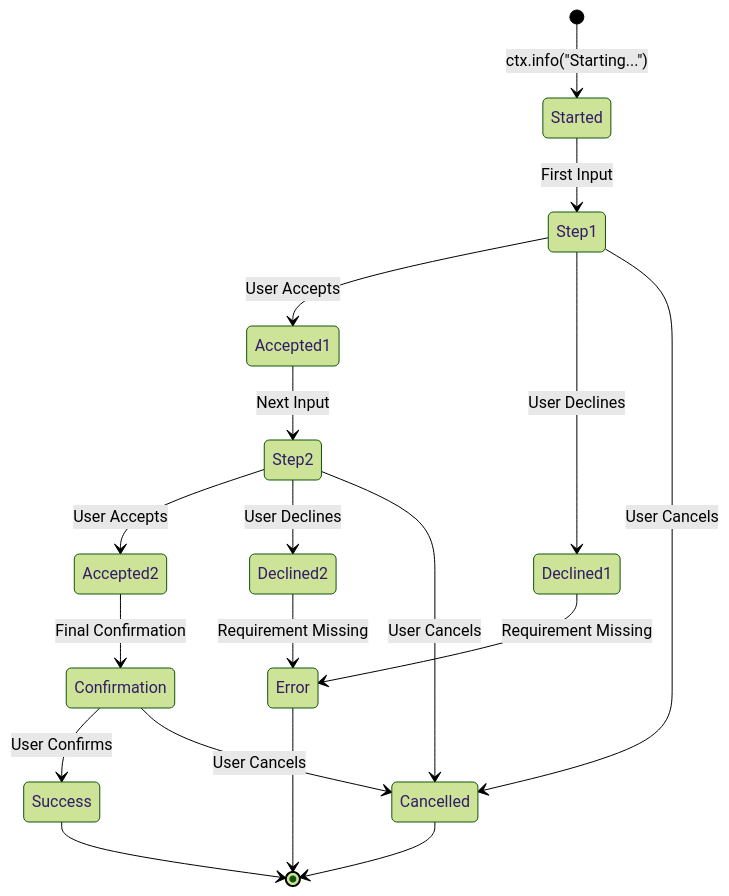
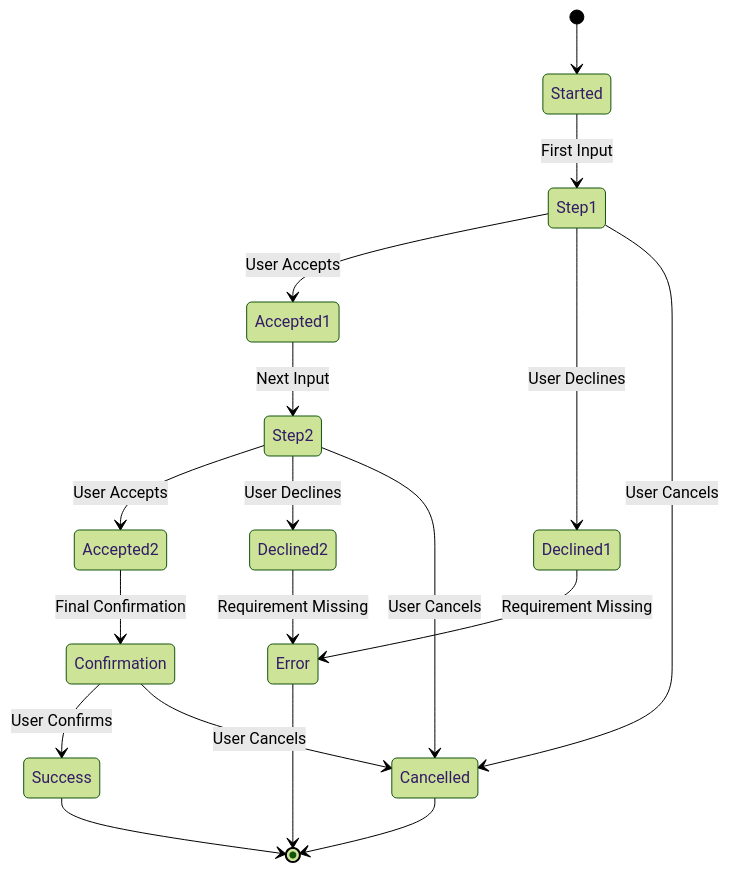
The fourth of 9 diagrams in docs/architecture.md (markbsigler/CodePipeline-FastMCP), drawn with Mermaid (forest theme) before and after one commit. The commit also changed 1 other file, not shown here.

Commit message:
docs: Fix Mermaid diagrams for GitHub compatibility
🔧 Mermaid Compatibility Fixes:
- Fixed stateDiagram-v2 → stateDiagram in docs/architecture.md
- GitHub doesn't support stateDiagram-v2 syntax
- Updated transition labels to use proper spacing

🏷️ HTML Tag Fixes:
- Replaced HTML <br/> tags with text separators in README.md
- GitHub Mermaid doesn't support HTML in node labels
- Updated 5 node labels in Container Architecture diagram
- Changed format: 'Label<br/>Details' → 'Label - Details'

✅ GitHub Compatibility Verified:
- All 23 Mermaid diagrams now GitHub-compatible
- README.md: 4 diagrams ✅
- docs/architecture.md: 9 diagrams ✅
- docs/architecture-diagrams.md: 10 diagrams ✅

🎨 Diagram Types Supported:
- flowchart TD/TB/LR ✅
- graph TD/TB ✅
- sequenceDiagram ✅
- stateDiagram (basic) ✅
- All subgraphs and connections ✅

````diff
--- a/docs/architecture.md
+++ b/docs/architecture.md
@@ -225,25 +225,25 @@
 ```mermaid
-stateDiagram-v2
-    [*] --> Started: ctx.info("Starting...")
-    Started --> Step1: First Input
+stateDiagram
+    [*] --> Started
+    Started --> Step1 : First Input
     
-    Step1 --> Accepted1: User Accepts
-    Step1 --> Declined1: User Declines
-    Step1 --> Cancelled: User Cancels
+    Step1 --> Accepted1 : User Accepts
+    Step1 --> Declined1 : User Declines
+    Step1 --> Cancelled : User Cancels
     
-    Accepted1 --> Step2: Next Input
-    Step2 --> Accepted2: User Accepts
-    Step2 --> Declined2: User Declines
-    Step2 --> Cancelled: User Cancels
+    Accepted1 --> Step2 : Next Input
+    Step2 --> Accepted2 : User Accepts
+    Step2 --> Declined2 : User Declines
+    Step2 --> Cancelled : User Cancels
     
-    Accepted2 --> Confirmation: Final Confirmation
-    Confirmation --> Success: User Confirms
-    Confirmation --> Cancelled: User Cancels
+    Accepted2 --> Confirmation : Final Confirmation
+    Confirmation --> Success : User Confirms
+    Confirmation --> Cancelled : User Cancels
     
-    Declined1 --> Error: Requirement Missing
-    Declined2 --> Error: Requirement Missing
+    Declined1 --> Error : Requirement Missing
+    Declined2 --> Error : Requirement Missing
     
     Success --> [*]
     Error --> [*]
     Cancelled --> [*]
 ```
````
